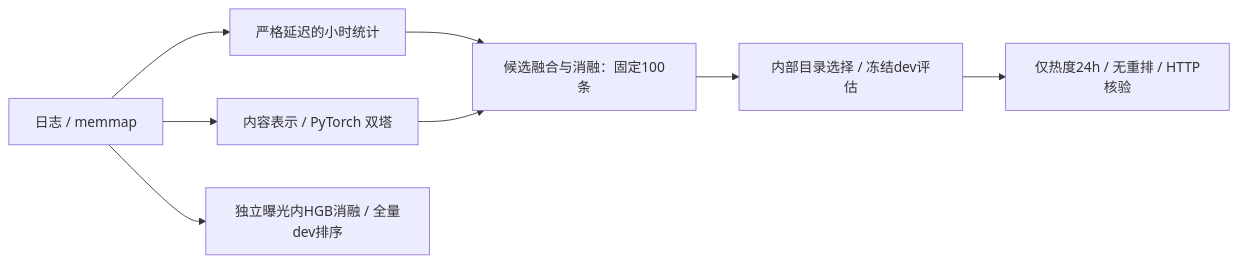
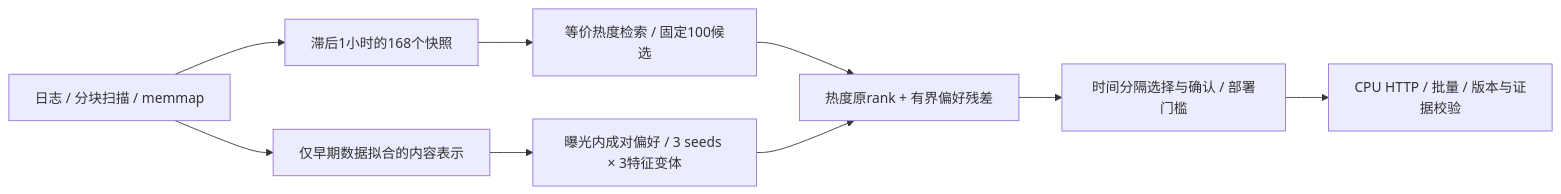
Before and after one commit to chendi-Shi/newsforge: the diagram in README.md, drawn with Mermaid. The commit also changed other lines of this file and 30 other files, not shown here.

````diff
--- a/README.md
+++ b/README.md
@@ -11,10 +28,11 @@
 ```mermaid
 flowchart LR
-  A["日志 / memmap"] --> B["严格延迟的小时统计"]
-  A --> C["内容表示 / PyTorch 双塔"]
-  B --> D["候选融合与消融：固定100条"]
-  C --> D
-  D --> E["内部目录选择 / 冻结dev评估"]
-  E --> G["仅热度24h / 无重排 / HTTP核验"]
-  A --> F["独立曝光内HGB消融 / 全量dev排序"]
+  A["日志 / 分块扫描 / memmap"] --> B["滞后1小时的168个快照"]
+  A --> C["仅早期数据拟合的内容表示"]
+  B --> D["等价热度检索 / 固定100候选"]
+  C --> E["曝光内成对偏好 / 3 seeds × 3特征变体"]
+  D --> F["热度原rank + 有界偏好残差"]
+  E --> F
+  F --> G["时间分隔选择与确认 / 部署门槛"]
+  G --> H["CPU HTTP / 批量 / 版本与证据校验"]
 ```
````
